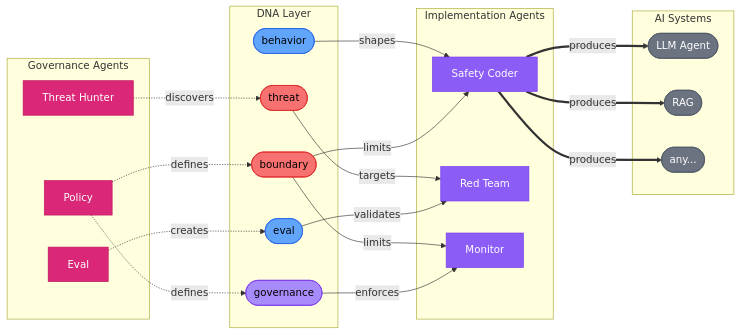
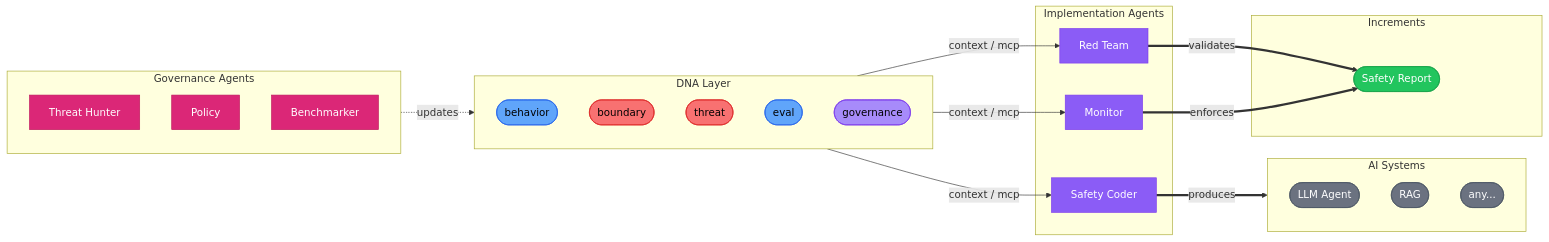
The second of 2 diagrams in README.md (panbanda/dna), drawn with Mermaid before and after one commit.

Commit message:
fix: resolve mermaid rendering error in agentic template
- Rename 'eval' to 'evaluation' (eval is reserved word)
- Simplify connections to match intent template pattern
- Add Increments section with Safety Report output

````diff
--- a/README.md
+++ b/README.md
@@ -132,62 +132,62 @@
 ```mermaid
 flowchart LR
     subgraph discovery["Governance Agents"]
         hunter["Threat Hunter"]
         policy["Policy"]
-        eval_agent["Eval"]
+        benchmarker["Benchmarker"]
     end
 
     subgraph dna["DNA Layer"]
         behavior(["behavior"])
         boundary(["boundary"])
         threat(["threat"])
-        eval(["eval"])
+        evaluation(["eval"])
         governance(["governance"])
     end
 
     subgraph coding["Implementation Agents"]
         safety["Safety Coder"]
         redteam["Red Team"]
         monitor["Monitor"]
     end
 
     subgraph impl["AI Systems"]
         llm(["LLM Agent"])
         rag(["RAG"])
         any(["any..."])
     end
 
-    hunter -.->|discovers| threat
-    policy -.->|defines| boundary
-    policy -.->|defines| governance
-    eval_agent -.->|creates| eval
+    subgraph increments["Increments"]
+        report(["Safety Report"])
+    end
 
-    behavior -->|shapes| safety
-    boundary -->|limits| safety
-    boundary -->|limits| monitor
-    threat -->|targets| redteam
-    eval -->|validates| redteam
-    governance -->|enforces| monitor
+    discovery -.->|updates| dna
 
-    safety ==>|produces| llm
-    safety ==>|produces| rag
-    safety ==>|produces| any
+    dna -->|context / mcp| safety
+    dna -->|context / mcp| redteam
+    dna -->|context / mcp| monitor
+
+    safety ==>|produces| impl
+    redteam ==>|validates| report
+    monitor ==>|enforces| report
 
     style hunter fill:#db2777,stroke:#be185d,color:#fff
     style policy fill:#db2777,stroke:#be185d,color:#fff
-    style eval_agent fill:#db2777,stroke:#be185d,color:#fff
+    style benchmarker fill:#db2777,stroke:#be185d,color:#fff
 
     style behavior fill:#60a5fa,stroke:#2563eb,color:#000
     style boundary fill:#f87171,stroke:#dc2626,color:#000
     style threat fill:#f87171,stroke:#dc2626,color:#000
-    style eval fill:#60a5fa,stroke:#2563eb,color:#000
+    style evaluation fill:#60a5fa,stroke:#2563eb,color:#000
     style governance fill:#a78bfa,stroke:#7c3aed,color:#000
 
     style safety fill:#8b5cf6,stroke:#7c3aed,color:#fff
     style redteam fill:#8b5cf6,stroke:#7c3aed,color:#fff
     style monitor fill:#8b5cf6,stroke:#7c3aed,color:#fff
 
     style llm fill:#6b7280,stroke:#4b5563,color:#fff
     style rag fill:#6b7280,stroke:#4b5563,color:#fff
     style any fill:#6b7280,stroke:#4b5563,color:#fff
+
+    style report fill:#22c55e,stroke:#16a34a,color:#fff
 ```
````
